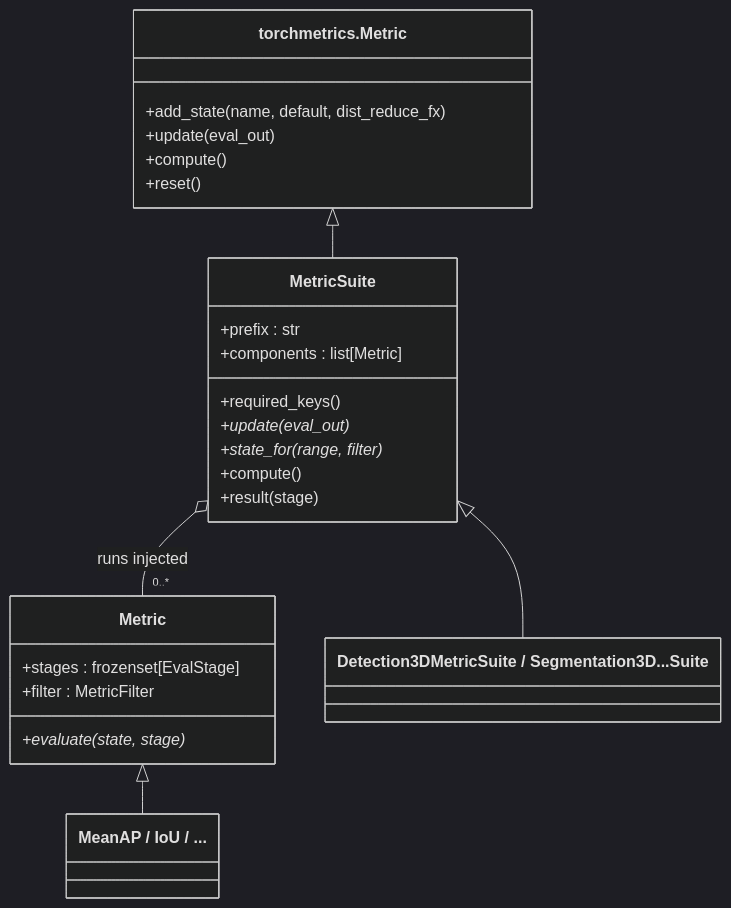
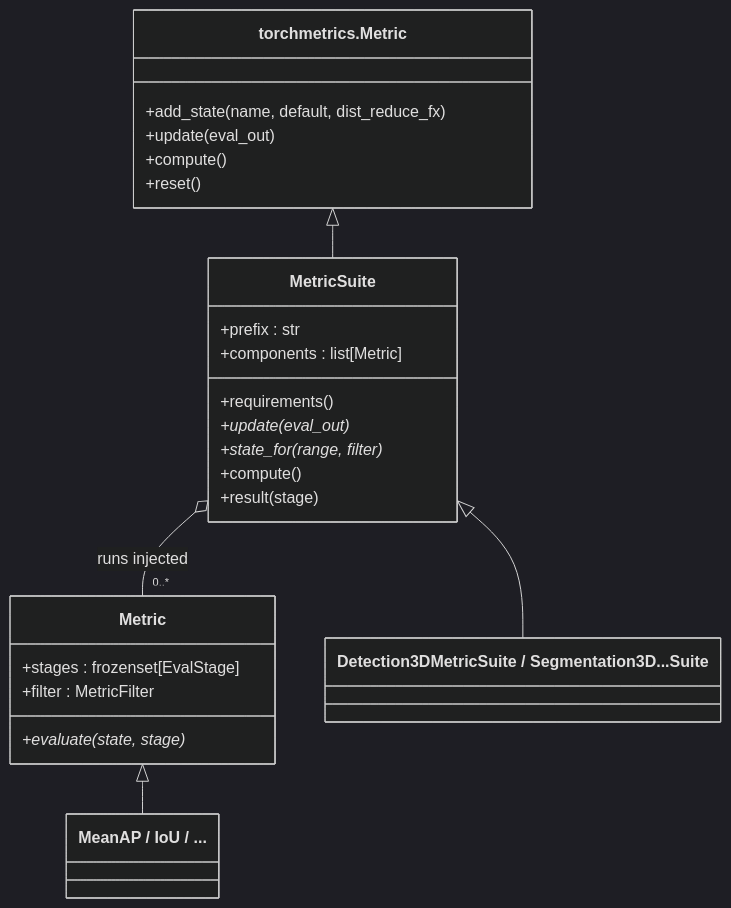
The second of 2 diagrams in docs/framework/metrics.md (tier4/autoware-ml), drawn with Mermaid (dark theme) before and after one commit. The commit also changed other lines of this file and 40 other files, not shown here.

````diff
--- a/docs/framework/metrics.md
+++ b/docs/framework/metrics.md
@@ -133,29 +169,29 @@
 ```mermaid
 classDiagram
     class TorchMetric["torchmetrics.Metric"] {
         +add_state(name, default, dist_reduce_fx)
         +update(eval_out)
         +compute()
         +reset()
     }
     class MetricSuite {
         +prefix : str
         +components : list[Metric]
-        +required_keys()
+        +requirements()
         +update(eval_out)*
         +state_for(range, filter)*
         +compute()
         +result(stage)
     }
     class Metric {
         +stages : frozenset[EvalStage]
         +filter : MetricFilter
         +evaluate(state, stage)*
     }
     class TaskSuite["Detection3DMetricSuite / Segmentation3D...Suite"]
     class TaskMetric["MeanAP / IoU / ..."]
     TorchMetric <|-- MetricSuite
     MetricSuite <|-- TaskSuite
     Metric <|-- TaskMetric
     MetricSuite o-- "0..*" Metric : runs injected
 ```
````
